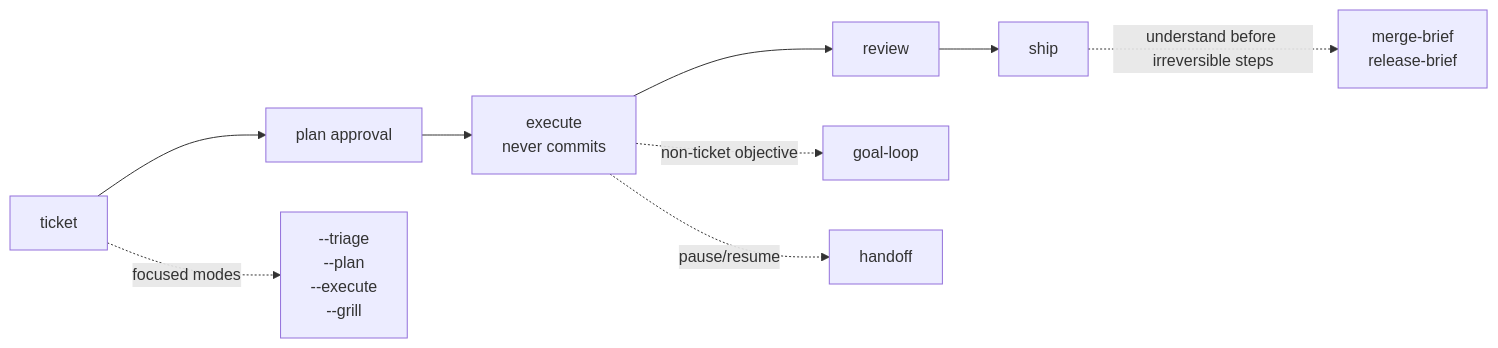
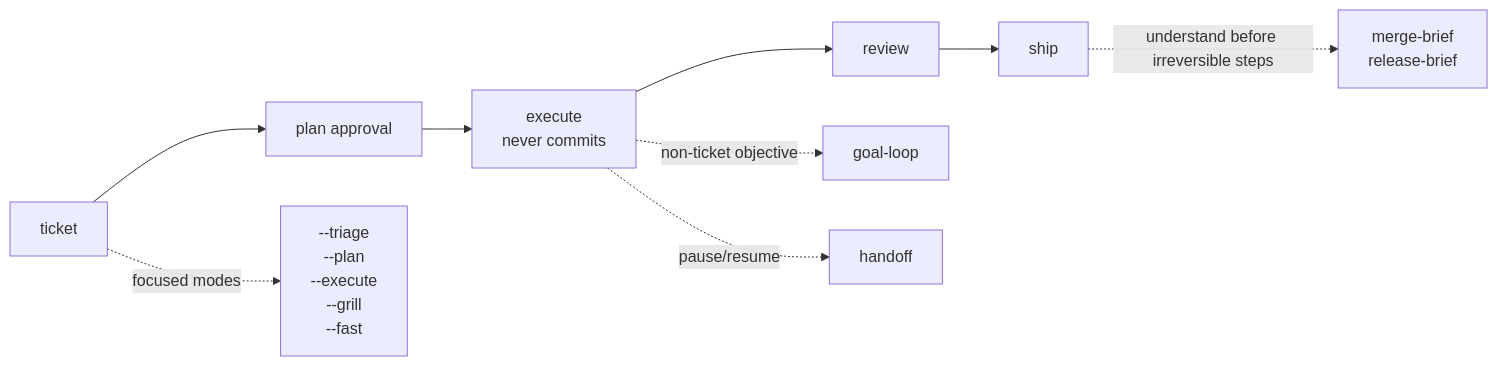
One commit to alimtunc/turkit changed the diagram in README.md. Above: the diagram before and after it, drawn with Mermaid. The commit also changed other lines of this file and 19 other files, not shown here.

````diff
--- a/README.md
+++ b/README.md
@@ -31,12 +31,12 @@
 ```mermaid
 flowchart LR
     T["ticket"] --> A["plan approval"]
     A --> E["execute<br/>never commits"]
     E --> R["review"]
     R --> S["ship"]
 
-    T -. "focused modes" .-> F["--triage<br/>--plan<br/>--execute<br/>--grill"]
+    T -. "focused modes" .-> F["--triage<br/>--plan<br/>--execute<br/>--grill<br/>--fast"]
     E -. "non-ticket objective" .-> G["goal-loop"]
     E -. "pause/resume" .-> H["handoff"]
     S -. "understand before irreversible steps" .-> B["merge-brief<br/>release-brief"]
 ```
````
